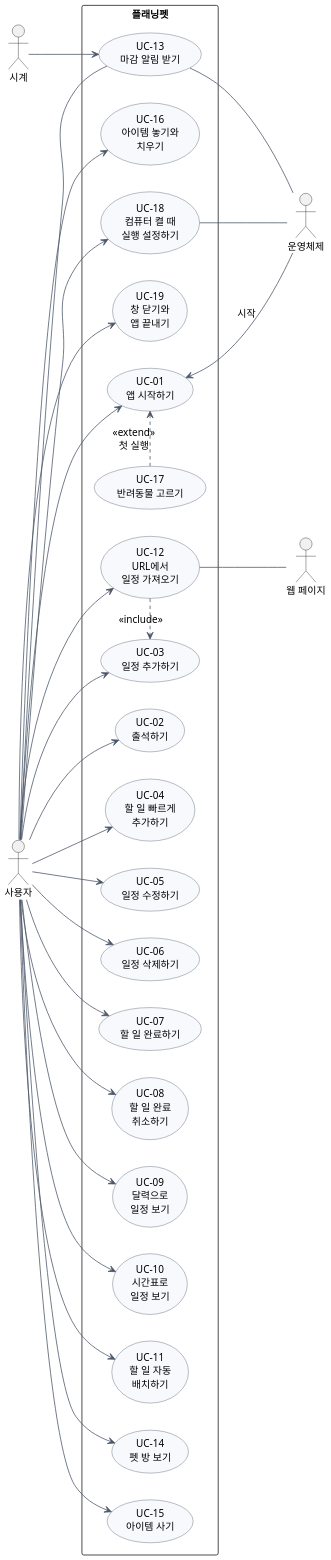
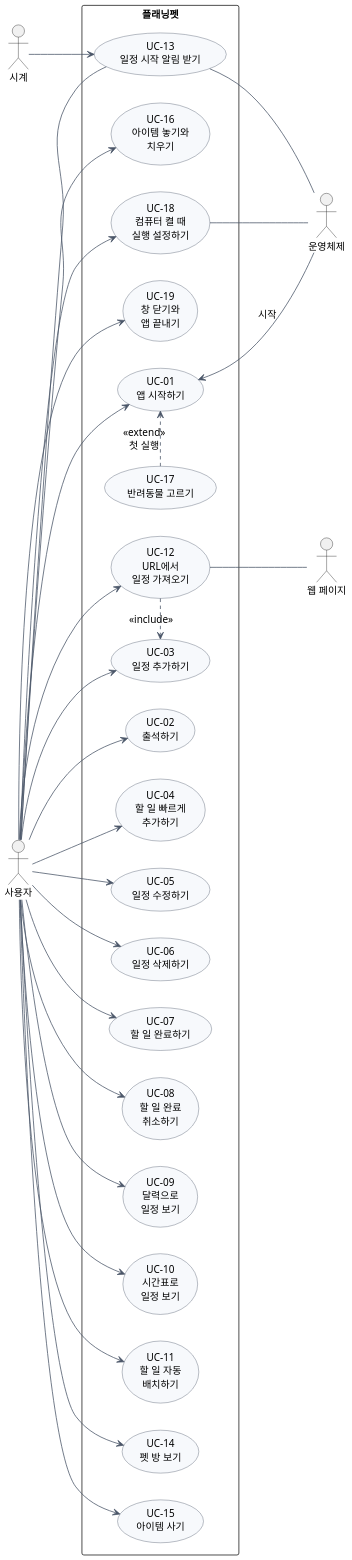
The diagram in docs/diagrams/usecase.puml (2026-2-software-system-design-11/planning-pet-app), drawn with PlantUML before and after one commit. The commit also changed 11 other files, not shown here.

```diff
--- a/docs/diagrams/usecase.puml
+++ b/docs/diagrams/usecase.puml
@@ -1,69 +1,69 @@
 @startuml usecase
 left to right direction
 skinparam shadowing false
 skinparam defaultFontName "Apple SD Gothic Neo"
 skinparam defaultFontSize 13
 skinparam dpi 150
 skinparam packageStyle rectangle
 skinparam ranksep 80
 skinparam usecase {
   BackgroundColor #F7F9FC
   BorderColor #4A5568
 }
 skinparam ArrowColor #4A5568
 
 actor "사용자" as User
 actor "시계" as Clock
 actor "운영체제" as OS
 actor "웹 페이지" as Web
 
 rectangle "플래닝펫" {
   usecase "UC-01\n앱 시작하기" as UC01
   usecase "UC-17\n반려동물 고르기" as UC17
   usecase "UC-02\n출석하기" as UC02
   usecase "UC-03\n일정 추가하기" as UC03
   usecase "UC-04\n할 일 빠르게\n추가하기" as UC04
   usecase "UC-05\n일정 수정하기" as UC05
   usecase "UC-06\n일정 삭제하기" as UC06
   usecase "UC-07\n할 일 완료하기" as UC07
   usecase "UC-08\n할 일 완료\n취소하기" as UC08
   usecase "UC-09\n달력으로\n일정 보기" as UC09
   usecase "UC-10\n시간표로\n일정 보기" as UC10
   usecase "UC-11\n할 일 자동\n배치하기" as UC11
   usecase "UC-12\nURL에서\n일정 가져오기" as UC12
-  usecase "UC-13\n마감 알림 받기" as UC13
+  usecase "UC-13\n일정 시작 알림 받기" as UC13
   usecase "UC-14\n펫 방 보기" as UC14
   usecase "UC-15\n아이템 사기" as UC15
   usecase "UC-16\n아이템 놓기와\n치우기" as UC16
   usecase "UC-18\n컴퓨터 켤 때\n실행 설정하기" as UC18
   usecase "UC-19\n창 닫기와\n앱 끝내기" as UC19
 }
 
 User --> UC01
 User --> UC02
 User --> UC03
 User --> UC04
 User --> UC05
 User --> UC06
 User --> UC07
 User --> UC08
 User --> UC09
 User --> UC10
 User --> UC11
 User --> UC12
 User --> UC14
 User --> UC15
 User --> UC16
 User --> UC18
 User --> UC19
 Clock --> UC13
 
 UC01 <-- OS : 시작
 UC13 -- OS
 UC18 -- OS
 UC13 -- User
 UC12 -- Web
 
 UC17 .> UC01 : <<extend>>\n첫 실행
 UC12 .> UC03 : <<include>>
 @enduml
```
